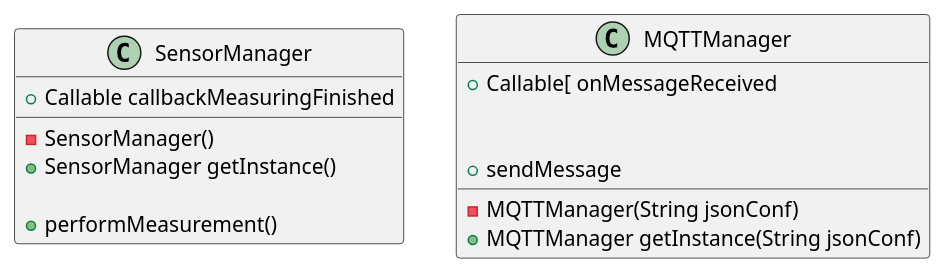
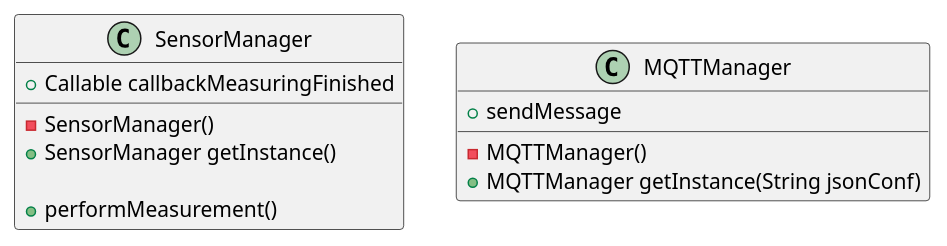
One commit to AirAlert-WR/IoT_controller changed the diagram in diagram.puml. Above: the diagram before and after it, drawn with PlantUML. The commit also changed 6 other files, not shown here.

```diff
--- a/diagram.puml
+++ b/diagram.puml
@@ -1,25 +1,23 @@
 @startuml
 
 hide empty methods
 hide empty fields
 
 class SensorManager {
     + Callable callbackMeasuringFinished
 
     - SensorManager()
     + SensorManager getInstance()
 
     + performMeasurement()
 }
 
 class MQTTManager {
 
-    + Callable[ onMessageReceived
-
-    - MQTTManager(String jsonConf)
+    - MQTTManager()
     + MQTTManager getInstance(String jsonConf)
 
     + sendMessage
 }
 
 @enduml
```
